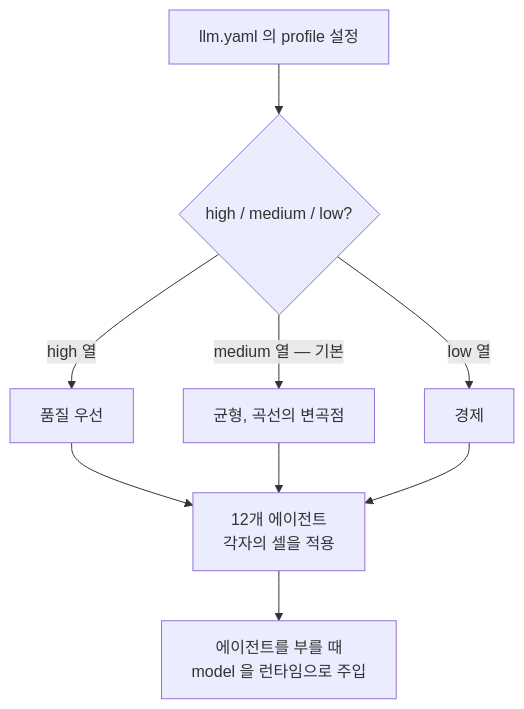
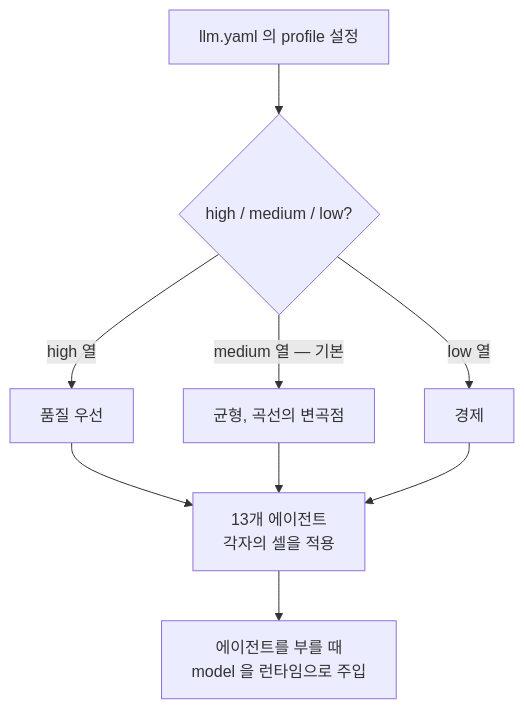
One commit to modu-ai/moai-adk changed the first of 2 diagrams in docs-site/content/ko/advanced/profile-matrix.md. Above: the diagram before and after it, drawn with Mermaid. The commit also changed other lines of this file and 75 other files, not shown here.

````diff
--- a/docs-site/content/ko/advanced/profile-matrix.md
+++ b/docs-site/content/ko/advanced/profile-matrix.md
@@ -54,11 +55,11 @@
 ```mermaid
 flowchart TD
     A["llm.yaml 의 profile 설정"] --> B{"high / medium / low?"}
     B -->|high 열| C["품질 우선"]
     B -->|medium 열 — 기본| D["균형, 곡선의 변곡점"]
     B -->|low 열| E["경제"]
-    C --> F["12개 에이전트<br/>각자의 셀을 적용"]
+    C --> F["13개 에이전트<br/>각자의 셀을 적용"]
     D --> F
     E --> F
     F --> G["에이전트를 부를 때<br/>model 을 런타임으로 주입"]
 ```
````
